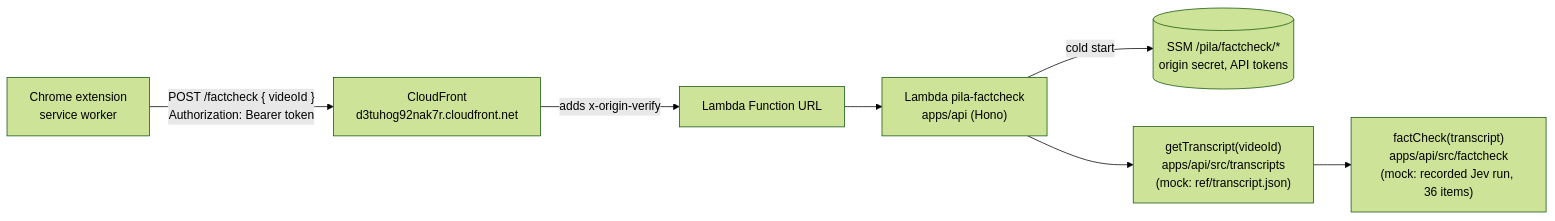
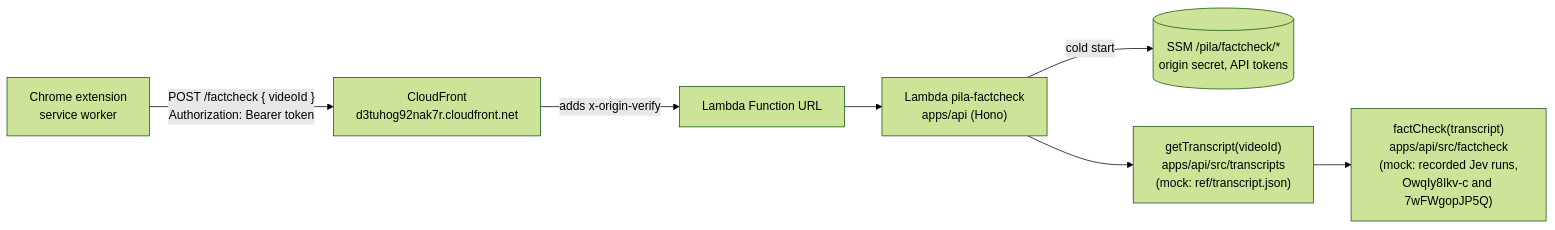
Before and after one commit to twbraam/pila: the first of 6 diagrams in packages/factcheck/docs/workflow.md, drawn with Mermaid (forest theme). The commit also changed 7 other files, not shown here.

First line of the commit message:
feat: mock fact-check picks the recorded Jev run by video ID

````diff
--- a/packages/factcheck/docs/workflow.md
+++ b/packages/factcheck/docs/workflow.md
@@ -16,9 +16,9 @@
 ```mermaid
 flowchart LR
     EXT["Chrome extension<br/>service worker"] -->|"POST /factcheck { videoId }<br/>Authorization: Bearer token"| CF["CloudFront<br/>d3tuhog92nak7r.cloudfront.net"]
     CF -->|"adds x-origin-verify"| URL["Lambda Function URL"]
     URL --> L["Lambda pila-factcheck<br/>apps/api (Hono)"]
     L -->|"cold start"| SSM[("SSM /pila/factcheck/*<br/>origin secret, API tokens")]
     L --> TR["getTranscript(videoId)<br/>apps/api/src/transcripts<br/>(mock: ref/transcript.json)"]
-    TR --> FC["factCheck(transcript)<br/>apps/api/src/factcheck<br/>(mock: recorded Jev run, 36 items)"]
+    TR --> FC["factCheck(transcript)<br/>apps/api/src/factcheck<br/>(mock: recorded Jev runs,<br/>OwqIy8Ikv-c and 7wFWgopJP5Q)"]
 ```
````
